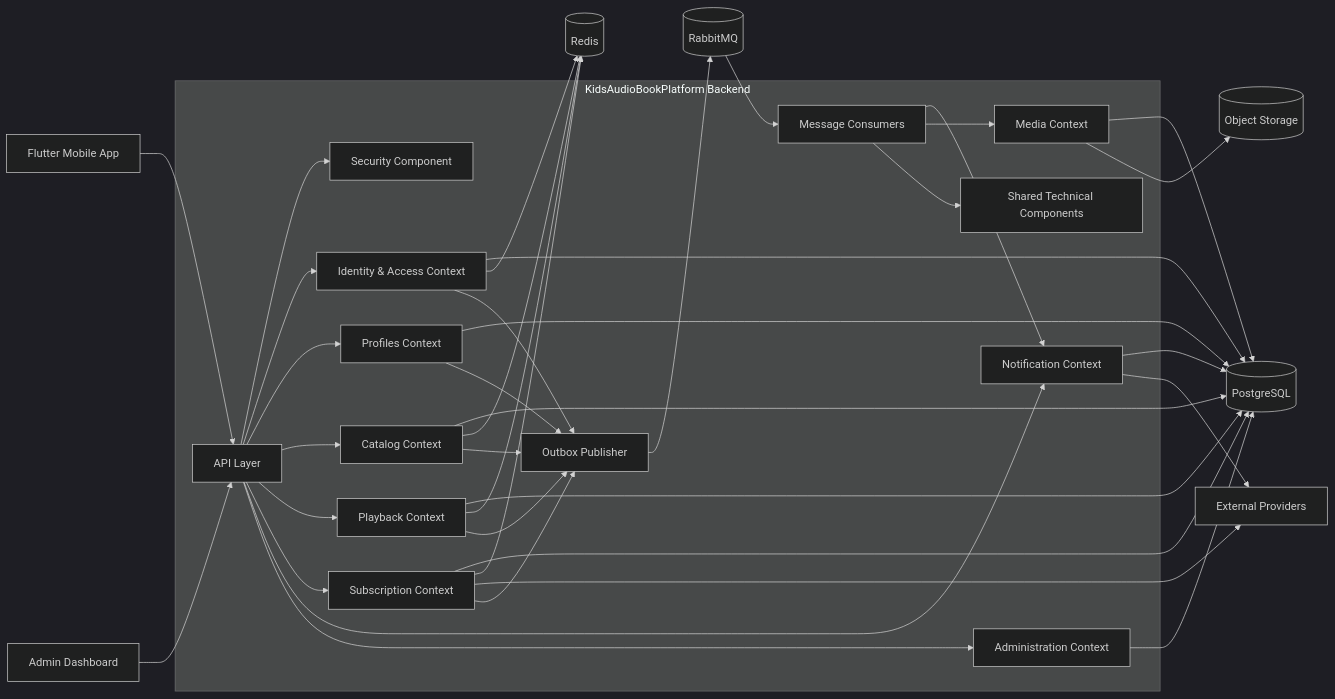
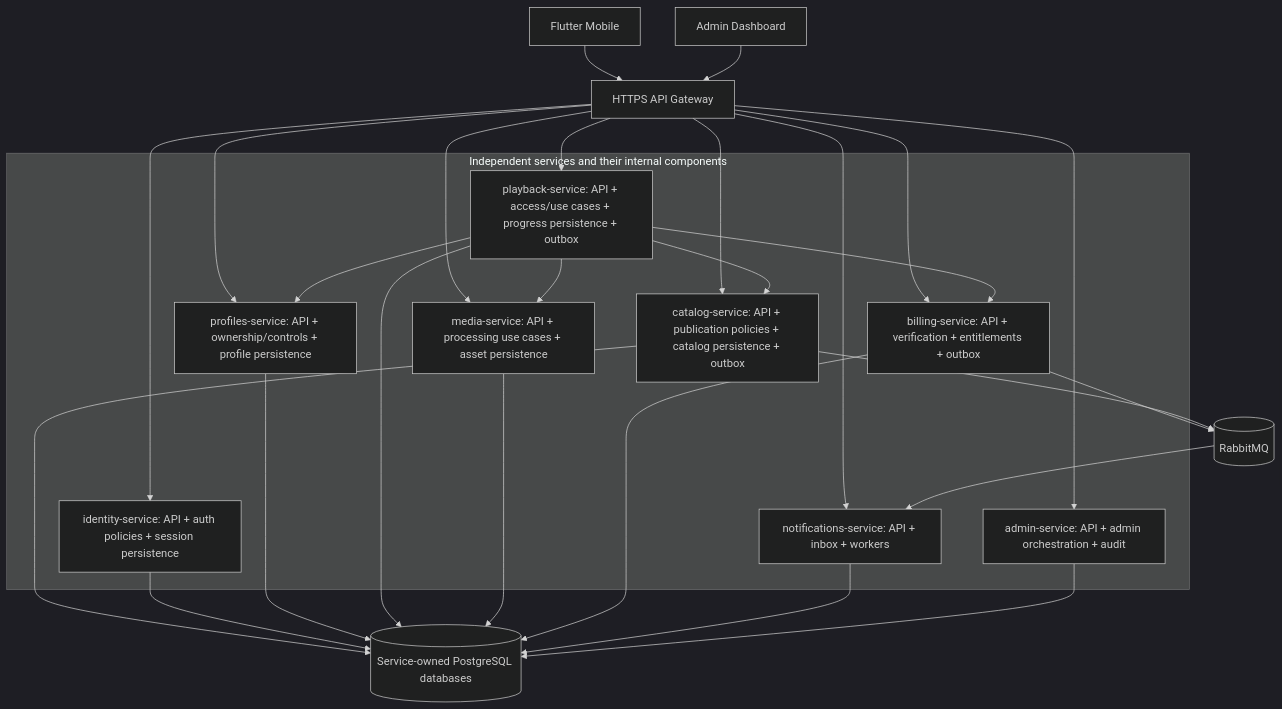
The first of 5 diagrams in docs/03_Architecture/C4_Model/03_Component_Diagram.md (IoanMarian08/KidsAudioBookPlatform), drawn with Mermaid (dark theme) before and after one commit. The commit also changed other lines of this file and 2 other files, not shown here.

Commit message:
docs: align C4 components/code views and implementation phases with microservices

````diff
--- a/docs/03_Architecture/C4_Model/03_Component_Diagram.md
+++ b/docs/03_Architecture/C4_Model/03_Component_Diagram.md
@@ -49,67 +38,38 @@
-```mermaid
-flowchart LR
-    Mobile[Flutter Mobile App]
-    Admin[Admin Dashboard]
-
-    subgraph Backend[KidsAudioBookPlatform Backend]
-        API[API Layer]
-        Security[Security Component]
-        Identity[Identity & Access Context]
-        Profile[Profiles Context]
-        Catalog[Catalog Context]
-        Playback[Playback Context]
-        Subscription[Subscription Context]
-        Notification[Notification Context]
-        Media[Media Context]
-        AdminCtx[Administration Context]
-        Shared[Shared Technical Components]
-        Outbox[Outbox Publisher]
-        Consumers[Message Consumers]
-    end
-
-    DB[(PostgreSQL)]
-    Redis[(Redis)]
-    MQ[(RabbitMQ)]
-    Storage[(Object Storage)]
-    Providers[External Providers]
-
-    Mobile --> API
-    Admin --> API
-    API --> Security
-    API --> Identity
-    API --> Profile
-    API --> Catalog
-    API --> Playback
-    API --> Subscription
-    API --> Notification
-    API --> AdminCtx
-
-    Identity --> DB
-    Profile --> DB
-    Catalog --> DB
-    Playback --> DB
-    Subscription --> DB
-    Notification --> DB
-    Media --> DB
-    AdminCtx --> DB
-
-    Catalog --> Redis
-    Playback --> Redis
-    Subscription --> Redis
-    Identity --> Redis
-
-    Media --> Storage
-    Subscription --> Providers
-    Notification --> Providers
-
-    Identity --> Outbox
-    Profile --> Outbox
-    Catalog --> Outbox
-    Playback --> Outbox
-    Subscription --> Outbox
-    Outbox --> MQ
-    MQ --> Consumers
-    Consumers --> Notification
-    Consumers --> Media
-    Consumers --> Shared
-```
+~~~mermaid
+flowchart TB
+  Mobile[Flutter Mobile] --> GW[HTTPS API Gateway]
+  AdminUI[Admin Dashboard] --> GW
+  subgraph S[Independent services and their internal components]
+    ID[identity-service: API + auth policies + session persistence]
+    P[profiles-service: API + ownership/controls + profile persistence]
+    C[catalog-service: API + publication policies + catalog persistence + outbox]
+    PL[playback-service: API + access/use cases + progress persistence + outbox]
+    M[media-service: API + processing use cases + asset persistence]
+    B[billing-service: API + verification + entitlements + outbox]
+    N[notifications-service: API + inbox + workers]
+    A[admin-service: API + admin orchestration + audit]
+  end
+  GW --> ID
+  GW --> P
+  GW --> C
+  GW --> PL
+  GW --> M
+  GW --> B
+  GW --> N
+  GW --> A
+  PL --> C
+  PL --> P
+  PL --> B
+  PL --> M
+  B --> Rabbit[(RabbitMQ)]
+  C --> Rabbit
+  Rabbit --> N
+  C --> DB[(Service-owned PostgreSQL databases)]
+  ID --> DB
+  P --> DB
+  PL --> DB
+  M --> DB
+  B --> DB
+  N --> DB
+  A --> DB
+~~~
````
